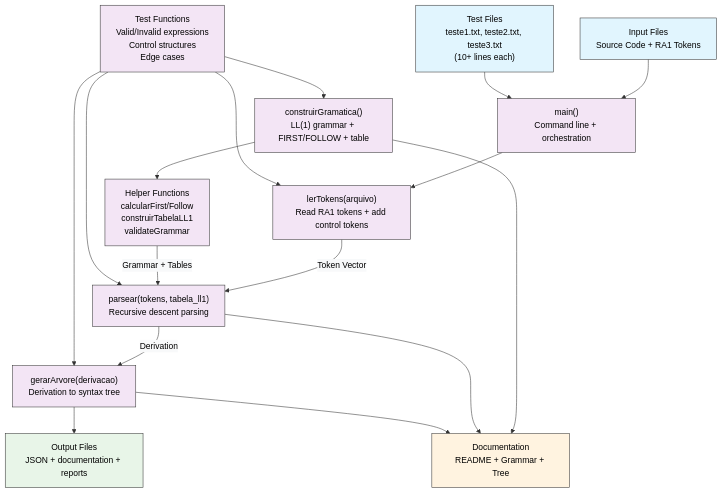
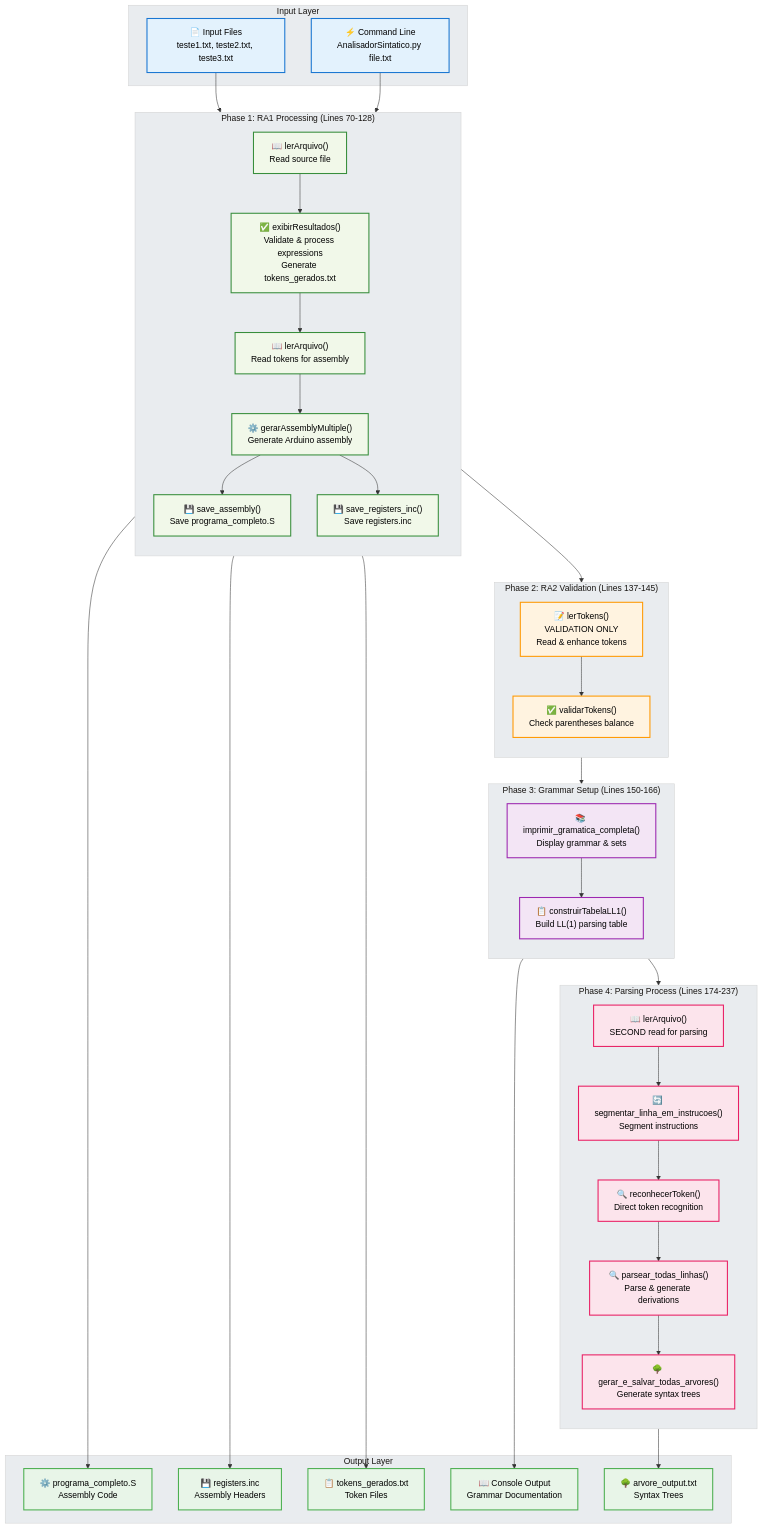
Before and after one commit to waifuisalie/RA2_1: the first of 6 diagrams in flowcharts/RA2/RA2_Architecture_Overview.md, drawn with Mermaid. The commit also changed other lines of this file and 1 other file, not shown here.

Commit message:
adding correct and improved flowcharts

````diff
--- a/flowcharts/RA2/RA2_Architecture_Overview.md
+++ b/flowcharts/RA2/RA2_Architecture_Overview.md
@@ -5,60 +9,95 @@
 ```mermaid
 %%{init: {'theme':'base', 'themeVariables': { 'primaryColor': '#ffffff', 'primaryTextColor': '#000000', 'primaryBorderColor': '#333333', 'lineColor': '#333333', 'secondaryColor': '#f8f9fa', 'tertiaryColor': '#e9ecef'}}}%%
-flowchart TD
-    %% Input/Output Files
-    A["Input Files<br/>Source Code + RA1 Tokens"] 
-    
-    B["Test Files<br/>teste1.txt, teste2.txt, teste3.txt<br/>(10+ lines each)"]
-    
-    %% Main Components
-    C["main()<br/>Command line + orchestration"]
-    
-    D["lerTokens(arquivo)<br/>Read RA1 tokens + add control tokens"]
-    
-    E["construirGramatica()<br/>LL(1) grammar + FIRST/FOLLOW + table"]
-    
-    F["parsear(tokens, tabela_ll1)<br/>Recursive descent parsing"]
-    
-    G["gerarArvore(derivacao)<br/>Derivation to syntax tree"]
-    
-    %% Output Files
-    H["Output Files<br/>JSON + documentation + reports"]
-    
-    I["Documentation<br/>README + Grammar + Tree"]
-    
-    %% Helper Functions
-    J["Helper Functions<br/>calcularFirst/Follow<br/>construirTabelaLL1<br/>validateGrammar"]
-    
-    %% Test Functions
-    K["Test Functions<br/>Valid/Invalid expressions<br/>Control structures<br/>Edge cases"]
-    
-    %% Connections
-    A --> C
-    B --> C
-    C --> D
-    D --> |Token Vector| F
-    E --> J
-    J --> |Grammar + Tables| F
-    F --> |Derivation| G
-    G --> H
-    E --> I
-    F --> I
-    G --> I
-    
-    %% Testing connections  
-    K --> D
-    K --> E
-    K --> F
-    K --> G
-    
+graph TD
+    %% Input Layer
+    subgraph "Input Layer"
+        A1["📄 Input Files<br/>teste1.txt, teste2.txt, teste3.txt"]
+        A2["⚡ Command Line<br/>AnalisadorSintatico.py file.txt"]
+    end
+
+    %% Phase 1: RA1 Processing
+    subgraph "Phase 1: RA1 Processing (Lines 70-128)"
+        direction TB
+        B1["📖 lerArquivo()<br/>Read source file"]
+        B2["✅ exibirResultados()<br/>Validate & process expressions<br/>Generate tokens_gerados.txt"]
+        B3["📖 lerArquivo()<br/>Read tokens for assembly"]
+        B4["⚙️ gerarAssemblyMultiple()<br/>Generate Arduino assembly"]
+        B5["💾 save_assembly()<br/>Save programa_completo.S"]
+        B6["💾 save_registers_inc()<br/>Save registers.inc"]
+    end
+
+    %% Phase 2: RA2 Validation
+    subgraph "Phase 2: RA2 Validation (Lines 137-145)"
+        direction TB
+        C1["📝 lerTokens()<br/>VALIDATION ONLY<br/>Read & enhance tokens"]
+        C2["✅ validarTokens()<br/>Check parentheses balance"]
+    end
+
+    %% Phase 3: Grammar Setup
+    subgraph "Phase 3: Grammar Setup (Lines 150-166)"
+        direction TB
+        D1["📚 imprimir_gramatica_completa()<br/>Display grammar & sets"]
+        D2["📋 construirTabelaLL1()<br/>Build LL(1) parsing table"]
+    end
+
+    %% Phase 4: Parsing Process
+    subgraph "Phase 4: Parsing Process (Lines 174-237)"
+        direction TB
+        E1["📖 lerArquivo()<br/>SECOND read for parsing"]
+        E2["🔄 segmentar_linha_em_instrucoes()<br/>Segment instructions"]
+        E3["🔍 reconhecerToken()<br/>Direct token recognition"]
+        E4["🔍 parsear_todas_linhas()<br/>Parse & generate derivations"]
+        E5["🌳 gerar_e_salvar_todas_arvores()<br/>Generate syntax trees"]
+    end
+
+    %% Output Layer
+    subgraph "Output Layer"
+        F1["🌳 arvore_output.txt<br/>Syntax Trees"]
+        F2["⚙️ programa_completo.S<br/>Assembly Code"]
+        F3["💾 registers.inc<br/>Assembly Headers"]
+        F4["📋 tokens_gerados.txt<br/>Token Files"]
+        F5["📖 Console Output<br/>Grammar Documentation"]
+    end
+
+    %% Sequential flow
+    A1 --> B1
+    A2 --> B1
+    B1 --> B2
+    B2 --> B3
+    B3 --> B4
+    B4 --> B5
+    B4 --> B6
+
+    B2 --> C1
+    C1 --> C2
+    C2 --> D1
+    D1 --> D2
+
+    D2 --> E1
+    E1 --> E2
+    E2 --> E3
+    E3 --> E4
+    E4 --> E5
+
+    %% Output connections
+    E5 --> F1
+    B5 --> F2
+    B6 --> F3
+    B2 --> F4
+    D1 --> F5
+
     %% Styling
-    classDef inputFiles fill:#e1f5fe
-    classDef functions fill:#f3e5f5
-    classDef outputFiles fill:#e8f5e8
-    classDef documentation fill:#fff3e0
-    
-    class A,B inputFiles
-    class C,D,E,F,G,J,K functions
-    class H outputFiles
-    class I documentation
+    classDef inputStyle fill:#e3f2fd,stroke:#1976d2,stroke-width:2px
+    classDef ra1Style fill:#f1f8e9,stroke:#388e3c,stroke-width:2px
+    classDef validationStyle fill:#fff3e0,stroke:#ff9800,stroke-width:2px
+    classDef grammarStyle fill:#f3e5f5,stroke:#9c27b0,stroke-width:2px
+    classDef parseStyle fill:#fce4ec,stroke:#e91e63,stroke-width:2px
+    classDef outputStyle fill:#e8f5e8,stroke:#4caf50,stroke-width:2px
+
+    class A1,A2 inputStyle
+    class B1,B2,B3,B4,B5,B6 ra1Style
+    class C1,C2 validationStyle
+    class D1,D2 grammarStyle
+    class E1,E2,E3,E4,E5 parseStyle
+    class F1,F2,F3,F4,F5 outputStyle
 ```
````
